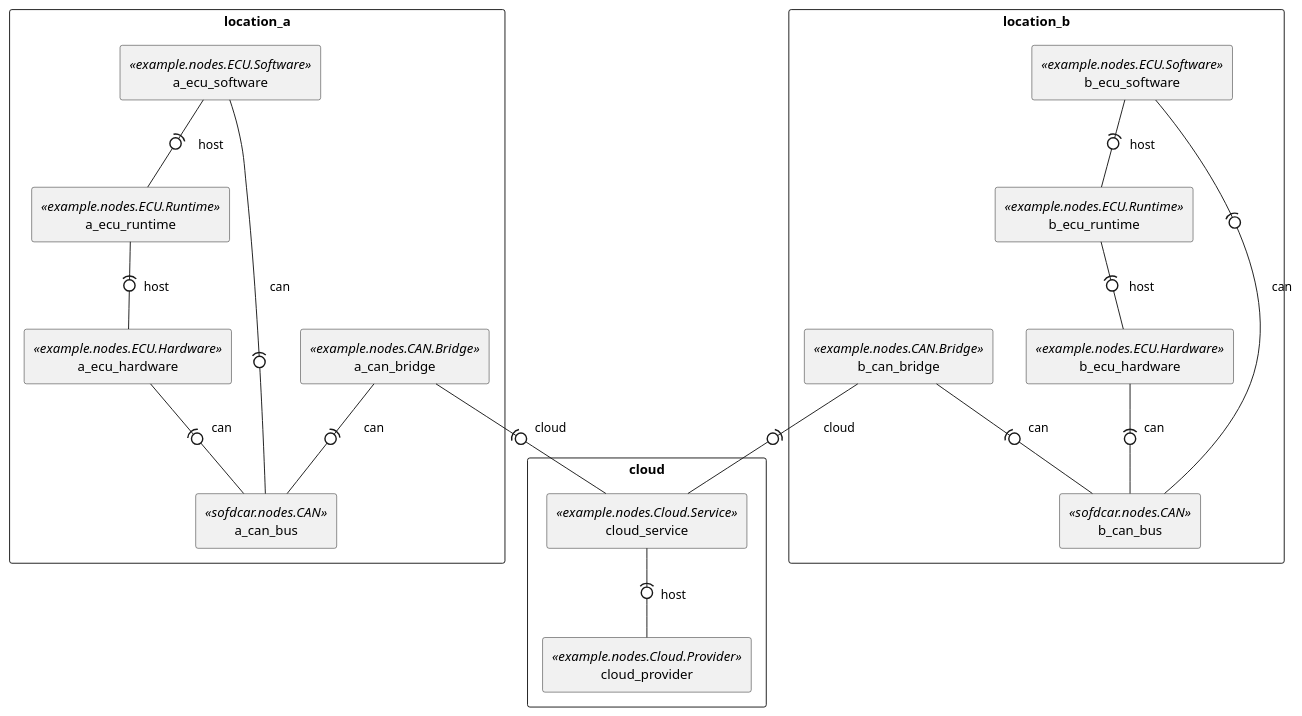
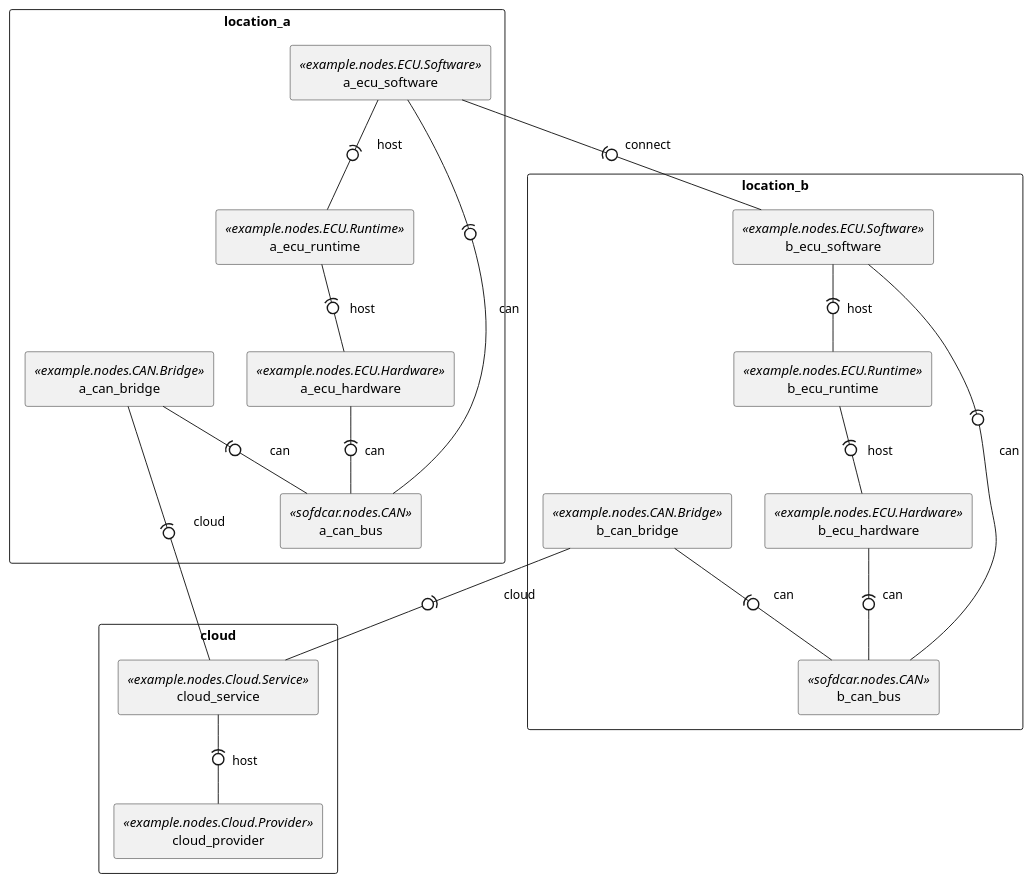
The diagram in docs/docs/sofdcar/guides/location/diagram.puml (OpenTOSCA/opentosca-vintner), drawn with PlantUML before and after one commit. The commit also changed 10 other files, not shown here.

```diff
--- a/docs/docs/sofdcar/guides/location/diagram.puml
+++ b/docs/docs/sofdcar/guides/location/diagram.puml
@@ -1,45 +1,48 @@
 @startuml
 skinparam componentStyle rectangle
 
 rectangle "cloud" {
     [cloud_service] <<example.nodes.Cloud.Service>>
     [cloud_provider] <<example.nodes.Cloud.Provider>>
     cloud_service -(0- cloud_provider : "  host"
 }
 
 rectangle "location_a" {
     [a_ecu_software] <<example.nodes.ECU.Software>>
     [a_ecu_runtime] <<example.nodes.ECU.Runtime>>
     [a_ecu_hardware] <<example.nodes.ECU.Hardware>>
 
     a_ecu_software -(0- a_ecu_runtime : "  host"
     a_ecu_runtime -(0- a_ecu_hardware : "  host"
 
     [a_can_bus] <<sofdcar.nodes.CAN>>
     [a_can_bridge] <<example.nodes.CAN.Bridge>>
     a_can_bridge -(0- a_can_bus : "  can"
     a_can_bridge -(0- cloud_service : "  cloud"
 
     a_ecu_software -(0- a_can_bus : "  can"
     a_ecu_hardware -(0- a_can_bus : "  can"
 }
 
 
 rectangle "location_b" {
     [b_ecu_software] <<example.nodes.ECU.Software>>
     [b_ecu_runtime] <<example.nodes.ECU.Runtime>>
     [b_ecu_hardware] <<example.nodes.ECU.Hardware>>
 
     b_ecu_software -(0- b_ecu_runtime : "  host"
     b_ecu_runtime -(0- b_ecu_hardware : "  host"
 
     [b_can_bus] <<sofdcar.nodes.CAN>>
     [b_can_bridge] <<example.nodes.CAN.Bridge>>
     b_can_bridge -(0- b_can_bus : "  can"
     b_can_bridge -(0- cloud_service : "  cloud"
 
     b_ecu_software -(0- b_can_bus : "  can"
     b_ecu_hardware -(0- b_can_bus : "  can"
 }
 
+a_ecu_software -(0- b_ecu_software : "  connect"
+
+
 @enduml
```
